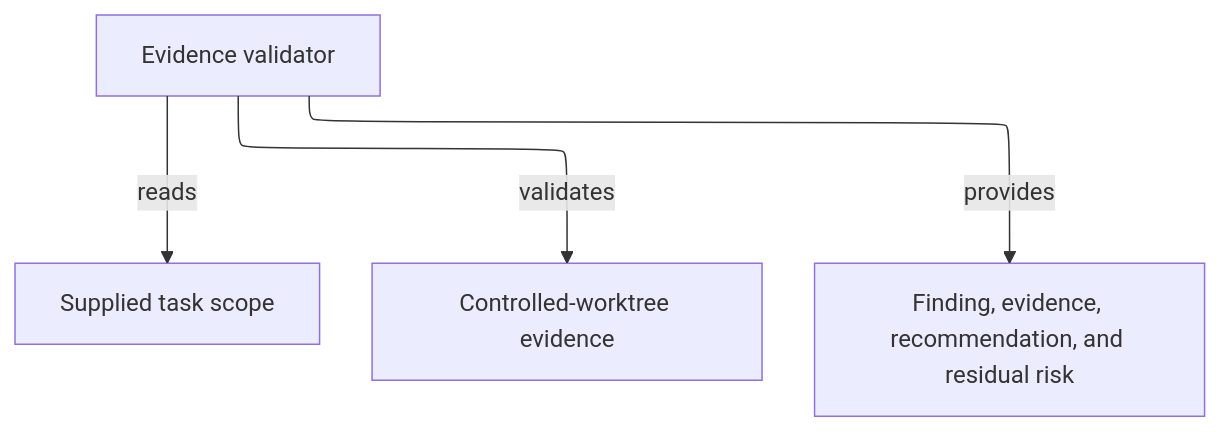
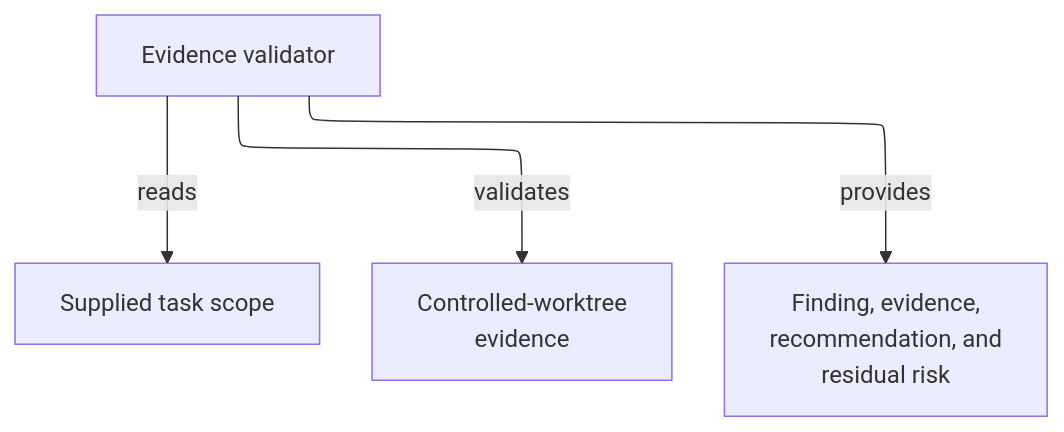
Before and after one commit to abstract-business-systems/as-is: the diagram in agents/evidence-validator/as-is.md, drawn with Mermaid. The commit also changed 47 other files, not shown here.

Commit message:
docs(diagrams): improve Mermaid readability validation

````diff
--- a/agents/evidence-validator/as-is.md
+++ b/agents/evidence-validator/as-is.md
@@ -16,10 +16,10 @@
 ```mermaid
 ---
 config:
   layout: elk
 ---
 flowchart TB
     Validator["Evidence validator"] -->|reads| Scope["Supplied task scope"]
-    Validator -->|validates| Evidence["Controlled-worktree evidence"]
-    Validator -->|provides| Report["Finding, evidence, recommendation, and residual risk"]
+    Validator -->|validates| Evidence["Controlled-worktree<br/>evidence"]
+    Validator -->|provides| Report["Finding, evidence,<br/>recommendation, and<br/>residual risk"]
 ```
````
